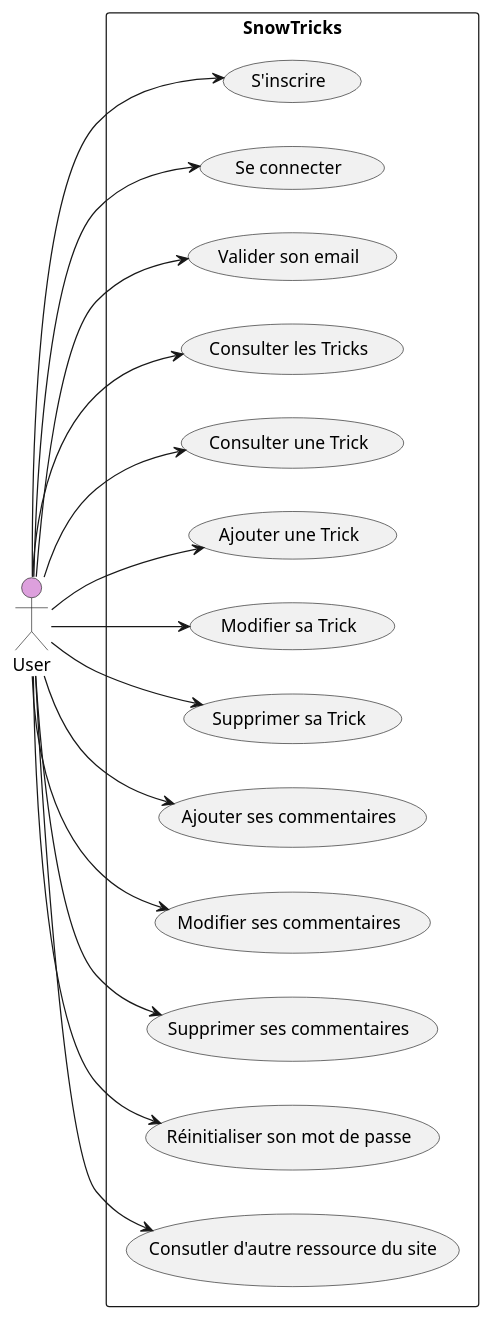
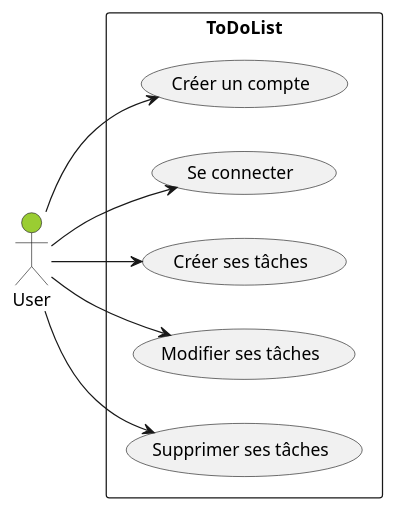
One commit to laurasullyalexandrine/todolist-v2 changed the diagram in public/docs/uml-diagrams/UserCase/User.puml. Above: the diagram before and after it, drawn with PlantUML. The commit also changed 1 other file, not shown here.

```diff
--- a/public/docs/uml-diagrams/UserCase/User.puml
+++ b/public/docs/uml-diagrams/UserCase/User.puml
@@ -1,37 +1,23 @@
 @startuml User
 
 left to right direction
 
-actor "User" as User #Plum
+actor "User" as user #YellowGreen
 
-rectangle SnowTricks{
-  usecase "S'inscrire" as UC1
+rectangle ToDoList {
+
+  usecase "Créer un compte" as UC1
   usecase "Se connecter" as UC2
-  usecase "Valider son email" as UC3
-  usecase "Consulter les Tricks" as UC4
-  usecase "Consulter une Trick" as UC5
-  usecase "Ajouter une Trick" as UC6
-  usecase "Modifier sa Trick" as UC7
-  usecase "Supprimer sa Trick" as UC8
-  usecase "Ajouter ses commentaires" as UC9
-  usecase "Modifier ses commentaires" as UC10
-  usecase "Supprimer ses commentaires" as UC11
-  usecase "Réinitialiser son mot de passe" as UC12
-  usecase "Consutler d'autre ressource du site" as UC13
+  usecase "Créer ses tâches" as UC3
+  usecase "Modifier ses tâches" as UC4
+  usecase "Supprimer ses tâches" as UC5
+
 }
 
-User --> UC1
-User --> UC2
-User --> UC3
-User --> UC4
-User --> UC5
-User --> UC6
-User --> UC7
-User --> UC8
-User --> UC9
-User --> UC10
-User --> UC11
-User --> UC12
-User --> UC13
+user --> UC1
+user --> UC2
+user --> UC3
+user --> UC4
+user --> UC5
 
 @enduml
```
